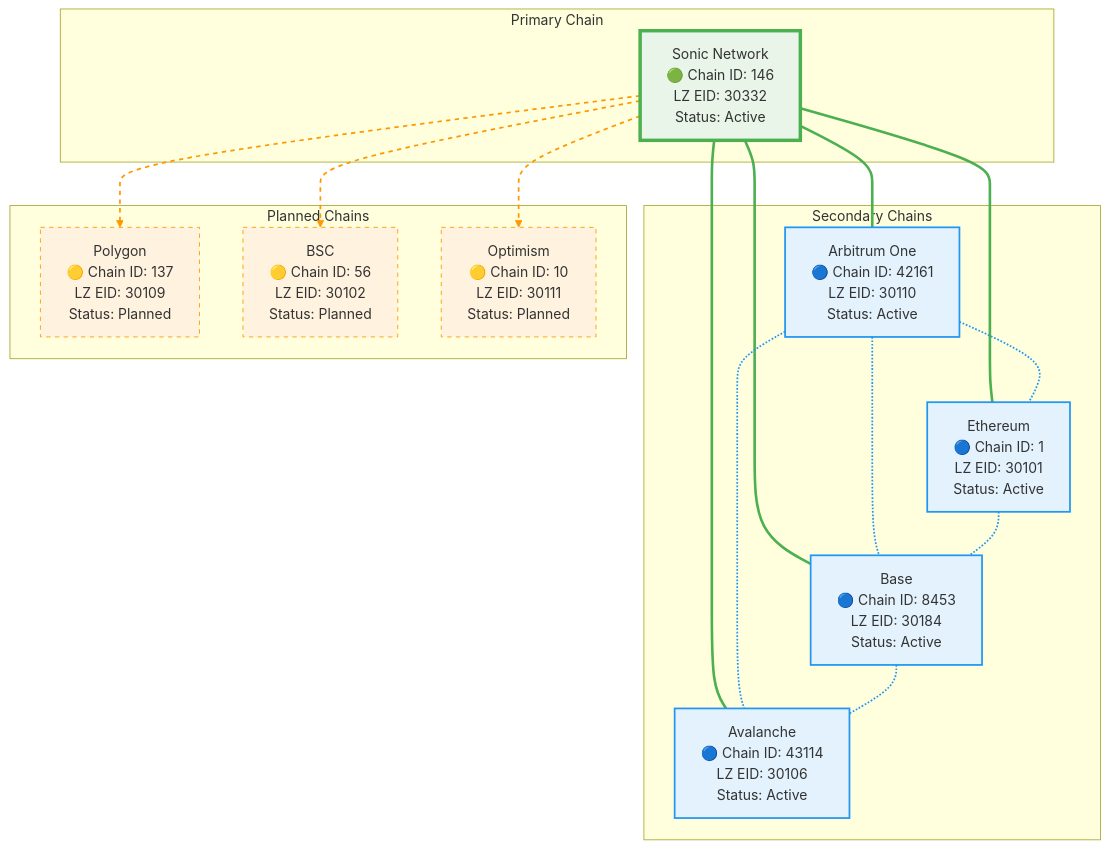
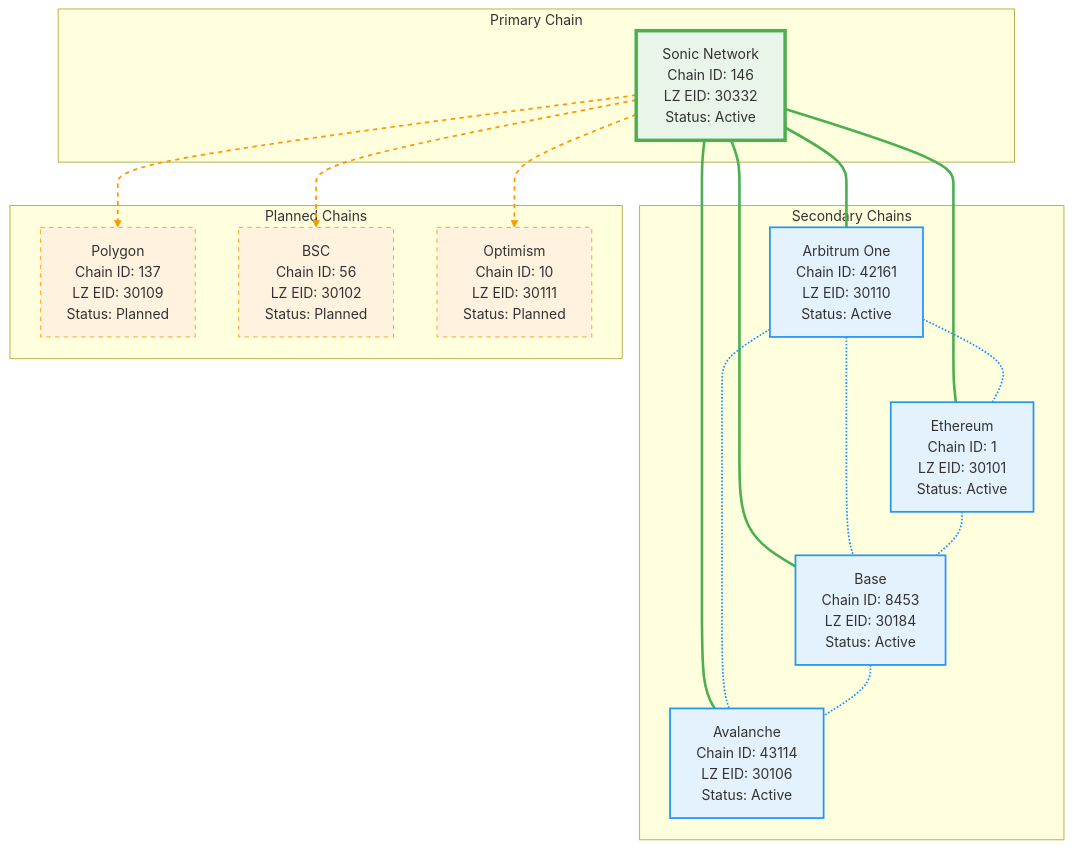
Before and after one commit to omnidragon-io/docs: the sixth of 11 diagrams in docs/diagrams.md, drawn with Mermaid. The commit also changed other lines of this file, not shown here.

First line of the commit message:
docs: remove all emojis from Mermaid diagrams for clean, professional appearance

````diff
--- a/docs/diagrams.md
+++ b/docs/diagrams.md
@@ -208,46 +208,46 @@
 ```mermaid
 graph TD
     subgraph "Primary Chain"
-        SONIC[Sonic Network<br/>🟢 Chain ID: 146<br/>LZ EID: 30332<br/>Status: Active]
+        SONIC[Sonic Network<br/>Chain ID: 146<br/>LZ EID: 30332<br/>Status: Active]
     end
 
     subgraph "Secondary Chains"
-        ARBITRUM[Arbitrum One<br/>🔵 Chain ID: 42161<br/>LZ EID: 30110<br/>Status: Active]
-        ETHEREUM[Ethereum<br/>🔵 Chain ID: 1<br/>LZ EID: 30101<br/>Status: Active]
-        BASE[Base<br/>🔵 Chain ID: 8453<br/>LZ EID: 30184<br/>Status: Active]
-        AVALANCHE[Avalanche<br/>🔵 Chain ID: 43114<br/>LZ EID: 30106<br/>Status: Active]
+        ARBITRUM[Arbitrum One<br/>Chain ID: 42161<br/>LZ EID: 30110<br/>Status: Active]
+        ETHEREUM[Ethereum<br/>Chain ID: 1<br/>LZ EID: 30101<br/>Status: Active]
+        BASE[Base<br/>Chain ID: 8453<br/>LZ EID: 30184<br/>Status: Active]
+        AVALANCHE[Avalanche<br/>Chain ID: 43114<br/>LZ EID: 30106<br/>Status: Active]
     end
 
     subgraph "Planned Chains"
-        POLYGON[Polygon<br/>🟡 Chain ID: 137<br/>LZ EID: 30109<br/>Status: Planned]
-        BSC[BSC<br/>🟡 Chain ID: 56<br/>LZ EID: 30102<br/>Status: Planned]
-        OPTIMISM[Optimism<br/>🟡 Chain ID: 10<br/>LZ EID: 30111<br/>Status: Planned]
+        POLYGON[Polygon<br/>Chain ID: 137<br/>LZ EID: 30109<br/>Status: Planned]
+        BSC[BSC<br/>Chain ID: 56<br/>LZ EID: 30102<br/>Status: Planned]
+        OPTIMISM[Optimism<br/>Chain ID: 10<br/>LZ EID: 30111<br/>Status: Planned]
     end
 
     SONIC --- ARBITRUM
     SONIC --- ETHEREUM
     SONIC --- BASE
     SONIC --- AVALANCHE
     SONIC -.-> POLYGON
     SONIC -.-> BSC
     SONIC -.-> OPTIMISM
 
     ARBITRUM --- ETHEREUM
     ARBITRUM --- BASE
     ARBITRUM --- AVALANCHE
     BASE --- AVALANCHE
     ETHEREUM --- BASE
 
     style SONIC fill:#e8f5e8,stroke:#4caf50,stroke-width:4px
     style ARBITRUM fill:#e3f2fd,stroke:#2196f3,stroke-width:2px
     style ETHEREUM fill:#e3f2fd,stroke:#2196f3,stroke-width:2px
     style BASE fill:#e3f2fd,stroke:#2196f3,stroke-width:2px
     style AVALANCHE fill:#e3f2fd,stroke:#2196f3,stroke-width:2px
     style POLYGON fill:#fff3e0,stroke:#ff9800,stroke-dasharray: 5 5
     style BSC fill:#fff3e0,stroke:#ff9800,stroke-dasharray: 5 5
     style OPTIMISM fill:#fff3e0,stroke:#ff9800,stroke-dasharray: 5 5
 
     linkStyle 0,1,2,3 stroke:#4caf50,stroke-width:3px
     linkStyle 4,5,6 stroke:#ff9800,stroke-width:2px,stroke-dasharray: 5 5
     linkStyle 7,8,9,10,11 stroke:#2196f3,stroke-width:2px,stroke-dasharray: 2 2
 ```
````
